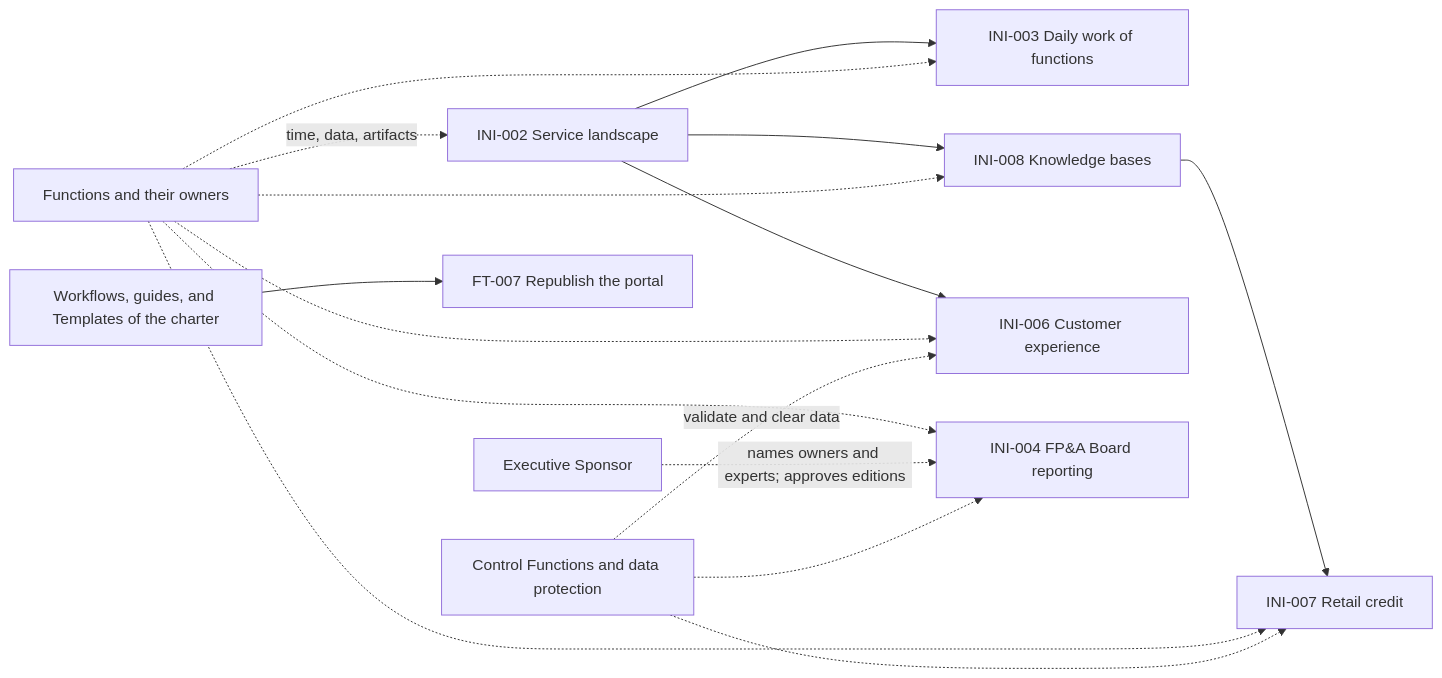
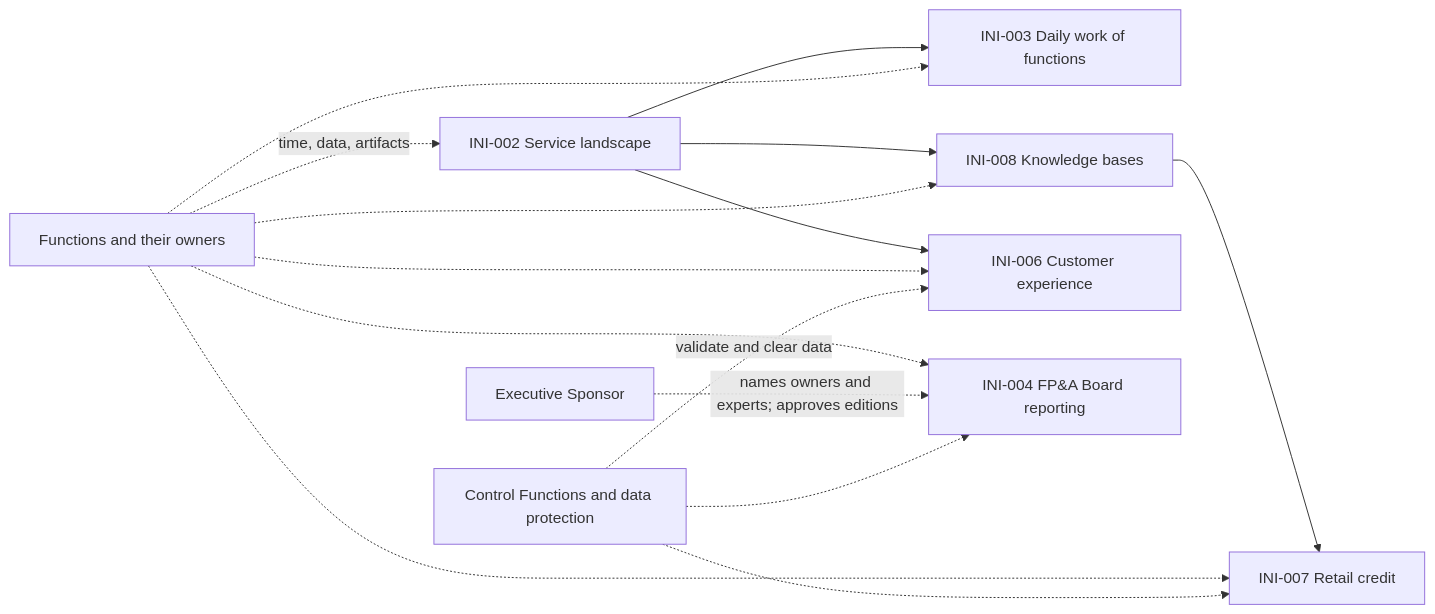
Before and after one commit to devhogu/ob-aicc: the diagram in registry/dependencies.md, drawn with Mermaid. The commit also changed other lines of this file and 690 other files, not shown here.

First line of the commit message:
Charter baseline 1.0, templates and registry at baseline, and the charter site generated from the charter (DR-2026-060, DR-2026-061)

````diff
--- a/registry/dependencies.md
+++ b/registry/dependencies.md
@@ -79,18 +68,17 @@
 ```mermaid
 flowchart LR
   INI002[INI-002 Service landscape] --> INI003[INI-003 Daily work of functions]
   INI002 --> INI008[INI-008 Knowledge bases]
   INI002 --> INI006[INI-006 Customer experience]
   INI008 --> INI007[INI-007 Retail credit]
   FN[Functions and their owners] -.time, data, artifacts.-> INI002
   FN -.-> INI003
   FN -.-> INI004[INI-004 FP&A Board reporting]
   FN -.-> INI006
   FN -.-> INI007
   FN -.-> INI008
   ES[Executive Sponsor] -.names owners and experts; approves editions.-> INI004
   CF[Control Functions and data protection] -.validate and clear data.-> INI006
   CF -.-> INI007
   CF -.-> INI004
-  CH[Workflows, guides, and Templates of the charter] --> FT007[FT-007 Republish the portal]
 ```
````
